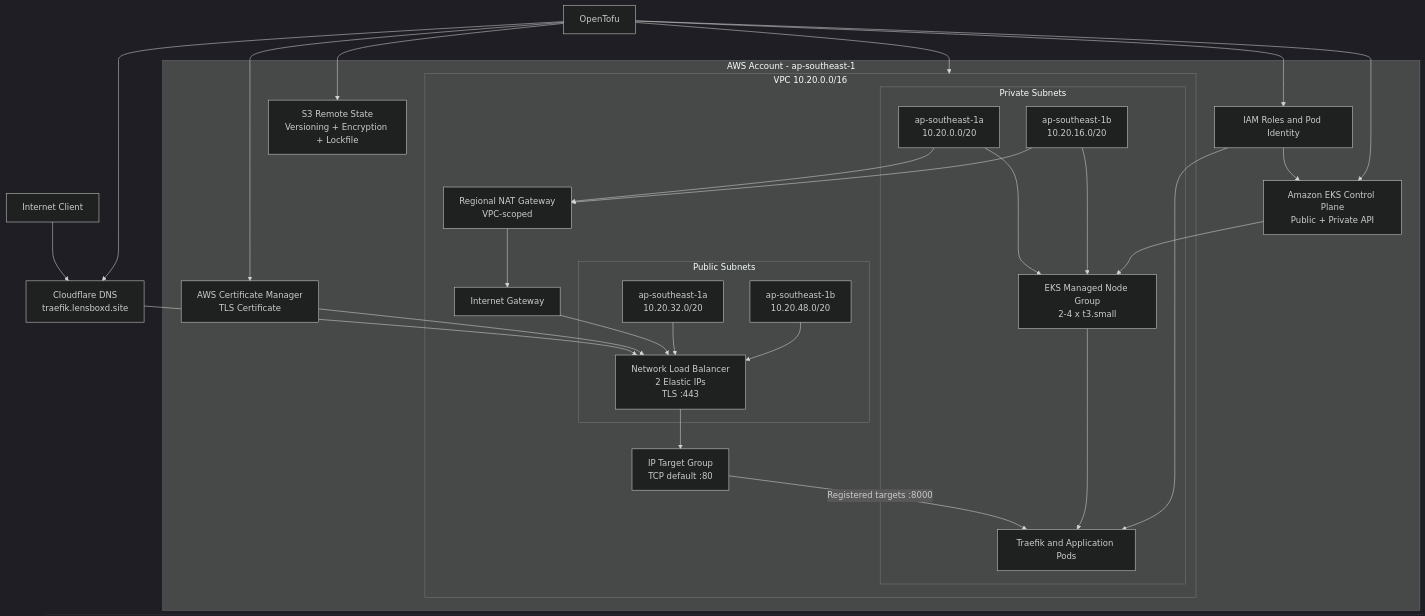
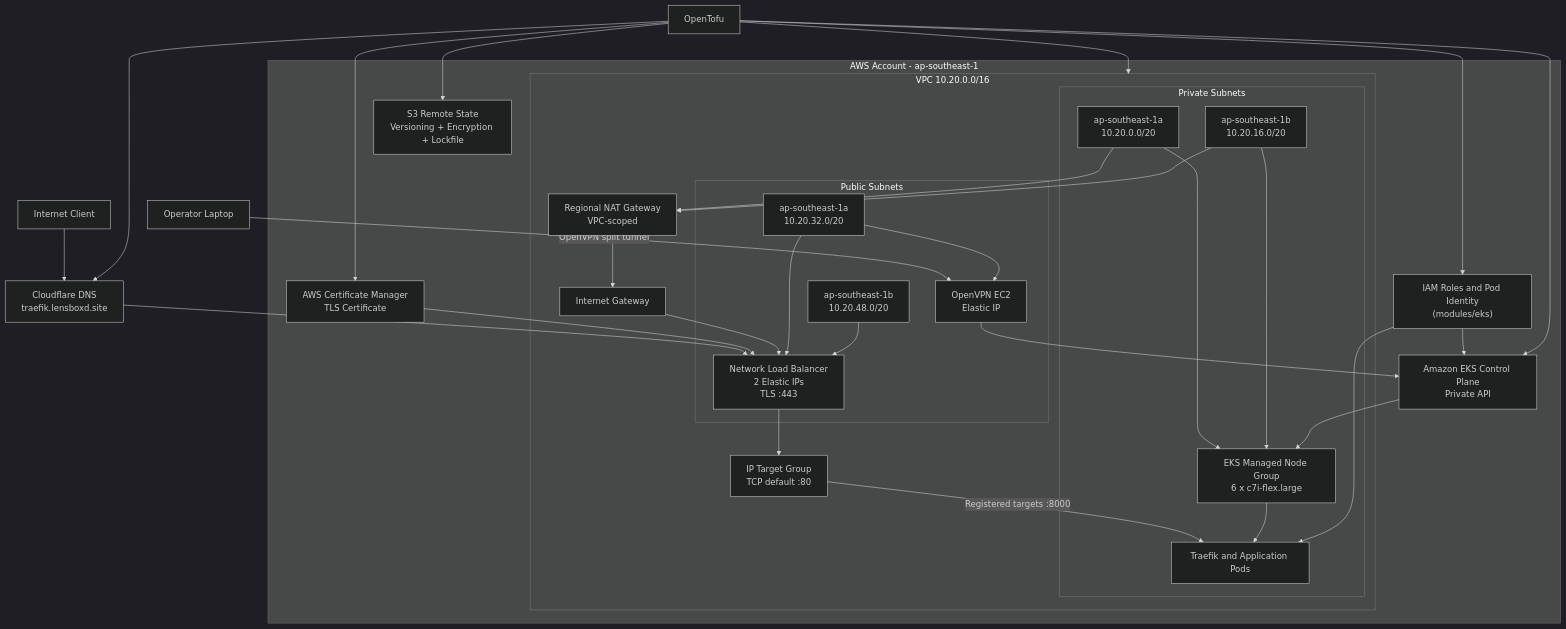
The first of 2 diagrams in aws_kube/provision/README.md (unedtamps/aws), drawn with Mermaid (dark theme) before and after one commit. The commit also changed other lines of this file and 2 other files, not shown here.

Commit message:
docs: add provision architecture image

````diff
--- a/aws_kube/provision/README.md
+++ b/aws_kube/provision/README.md
@@ -13,51 +13,55 @@
 ```mermaid
 flowchart TB
     client["Internet Client"] --> dns["Cloudflare DNS<br/>traefik.lensboxd.site"]
     dns --> nlb
+    admin["Operator Laptop"] -->|"OpenVPN split tunnel"| vpn["OpenVPN EC2<br/>Elastic IP"]
 
     subgraph aws["AWS Account - ap-southeast-1"]
         acm["AWS Certificate Manager<br/>TLS Certificate"] --> nlb
         state["S3 Remote State<br/>Versioning + Encryption + Lockfile"]
 
         subgraph vpc["VPC 10.20.0.0/16"]
             igw["Internet Gateway"] --> nlb
 
             subgraph public["Public Subnets"]
                 pubA["ap-southeast-1a<br/>10.20.32.0/20"]
                 pubB["ap-southeast-1b<br/>10.20.48.0/20"]
                 nlb["Network Load Balancer<br/>2 Elastic IPs<br/>TLS :443"]
+                vpn
             end
 
             nat["Regional NAT Gateway<br/>VPC-scoped"]
 
             subgraph private["Private Subnets"]
                 priA["ap-southeast-1a<br/>10.20.0.0/20"]
                 priB["ap-southeast-1b<br/>10.20.16.0/20"]
-                nodes["EKS Managed Node Group<br/>2-4 x t3.small"]
+                nodes["EKS Managed Node Group<br/>6 x c7i-flex.large"]
                 pods["Traefik and Application Pods"]
             end
 
             nlb --> tg["IP Target Group<br/>TCP default :80"]
             tg -->|"Registered targets :8000"| pods
             nodes --> pods
             priA --> nodes
             priB --> nodes
             priA --> nat
             priB --> nat
             nat --> igw
             pubA --> nlb
             pubB --> nlb
+            pubA --> vpn
         end
 
-        eks["Amazon EKS Control Plane<br/>Public + Private API"] --> nodes
-        iam["IAM Roles and Pod Identity"] --> eks
+        eks["Amazon EKS Control Plane<br/>Private API"] --> nodes
+        iam["IAM Roles and Pod Identity<br/>(modules/eks)"] --> eks
         iam --> pods
+        vpn --> eks
     end
 
     tofu["OpenTofu"] --> state
     tofu --> vpc
     tofu --> eks
     tofu --> iam
     tofu --> acm
     tofu --> dns
 ```
````
